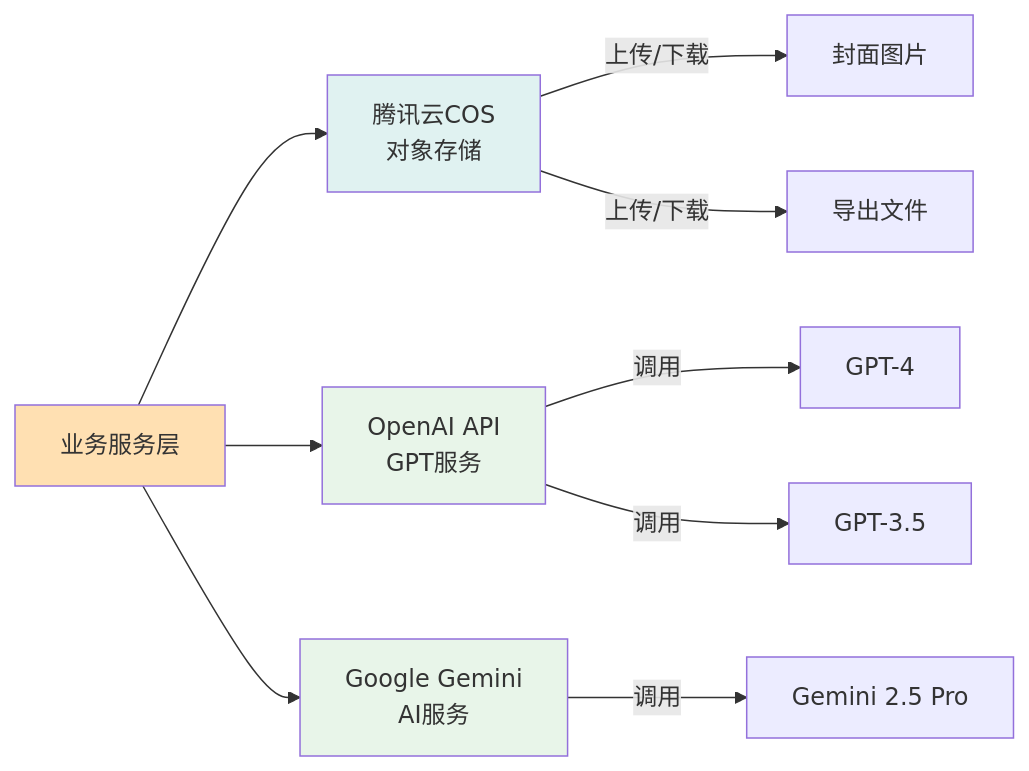
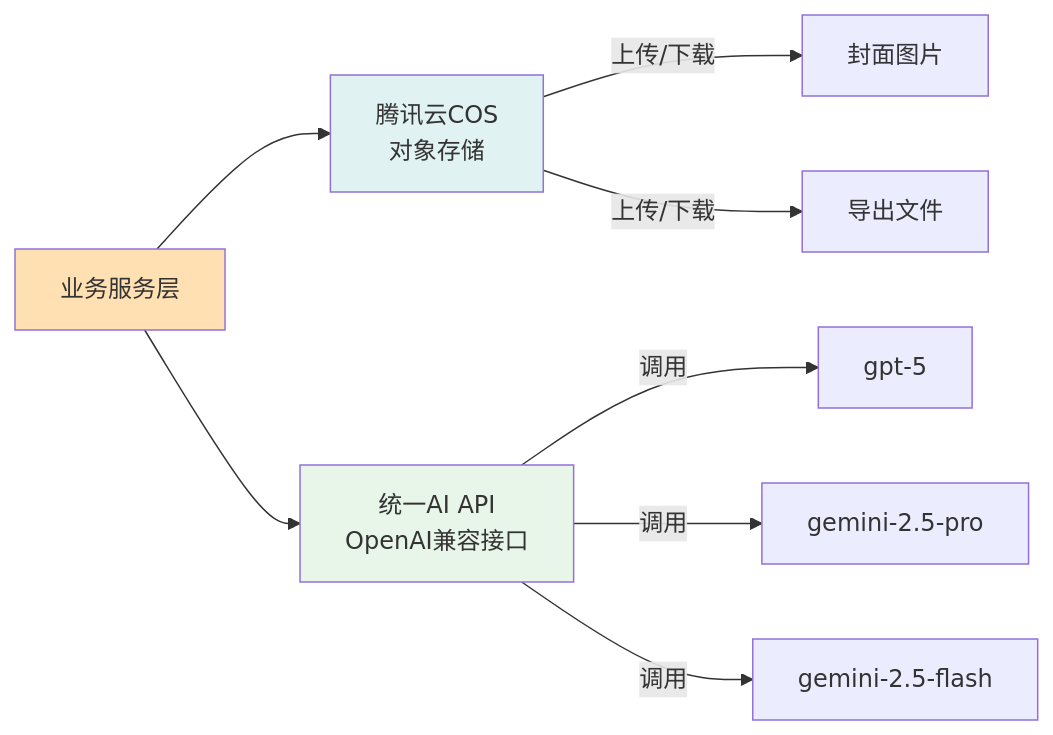
The seventh of 10 diagrams in docs/架构图/01-系统整体架构.md (alin776/ai_writer), drawn with Mermaid before and after one commit. The commit also changed other lines of this file and 7 other files, not shown here.

````diff
--- a/docs/架构图/01-系统整体架构.md
+++ b/docs/架构图/01-系统整体架构.md
@@ -252,19 +254,16 @@
 ```mermaid
 graph LR
     A[业务服务层] --> B[腾讯云COS<br/>对象存储]
-    A --> C[OpenAI API<br/>GPT服务]
-    A --> D[Google Gemini<br/>AI服务]
+    A --> C[统一AI API<br/>OpenAI兼容接口]
 
     B -->|上传/下载| E[封面图片]
     B -->|上传/下载| F[导出文件]
 
-    C -->|调用| G[GPT-4]
-    C -->|调用| H[GPT-3.5]
-
-    D -->|调用| I[Gemini 2.5 Pro]
+    C -->|调用| G[gpt-5]
+    C -->|调用| H[gemini-2.5-pro]
+    C -->|调用| I[gemini-2.5-flash]
 
     style A fill:#ffe0b2
     style B fill:#e0f2f1
     style C fill:#e8f5e9
-    style D fill:#e8f5e9
 ```
````
